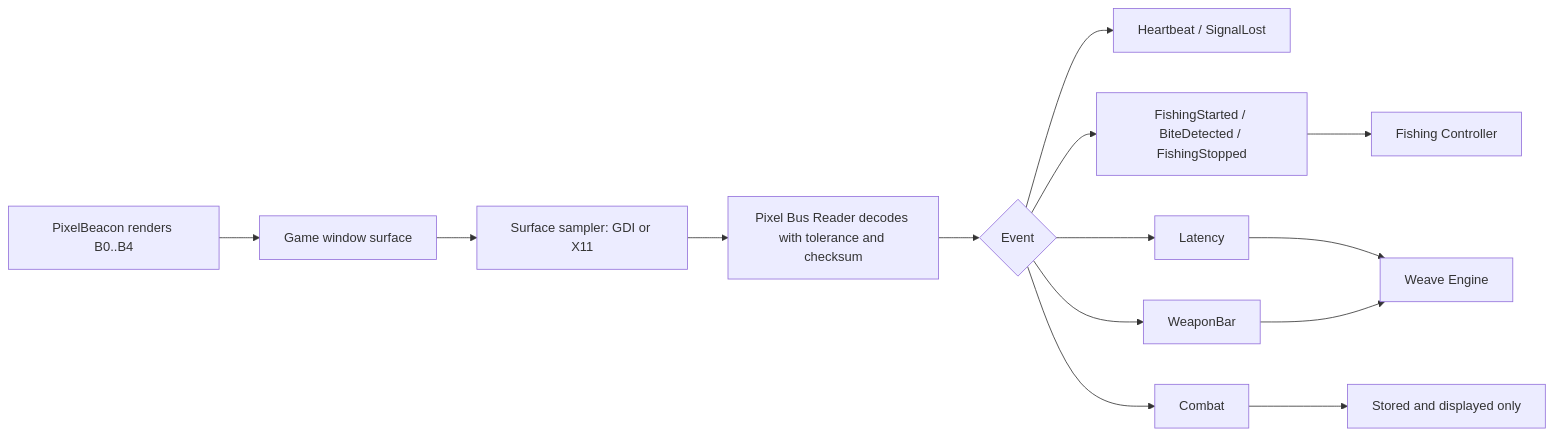
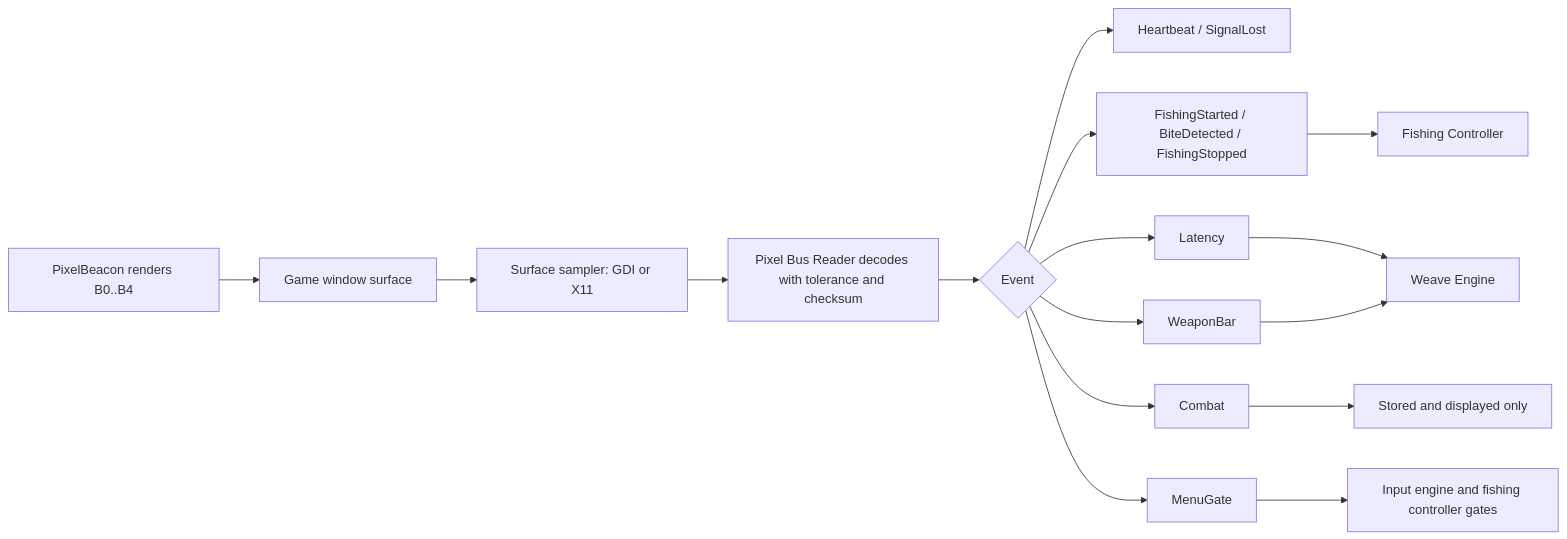
One commit to h8rt3rmin8r/eso-weave changed the sixth of 10 diagrams in docs/ESO-Weave-Specification-v0.2.0.md. Above: the diagram before and after it, drawn with Mermaid. The commit also changed other lines of this file and 29 other files, not shown here.

````diff
--- a/docs/ESO-Weave-Specification-v0.2.0.md
+++ b/docs/ESO-Weave-Specification-v0.2.0.md
@@ -529,16 +561,18 @@
 ```mermaid
 flowchart LR
     ADDON[PixelBeacon renders B0..B4] --> SURF[Game window surface]
     SURF --> SMP[Surface sampler: GDI or X11]
     SMP --> RDR[Pixel Bus Reader decodes with tolerance and checksum]
     RDR --> EVT{Event}
     EVT --> HB[Heartbeat / SignalLost]
     EVT --> FISH[FishingStarted / BiteDetected / FishingStopped]
     EVT --> LAT[Latency]
     EVT --> WB[WeaponBar]
     EVT --> CMB[Combat]
+    EVT --> MENU[MenuGate]
     FISH --> FC[Fishing Controller]
     LAT --> WE[Weave Engine]
     WB --> WE
     CMB --> STORE[Stored and displayed only]
+    MENU --> GATE[Input engine and fishing controller gates]
 ```
````
